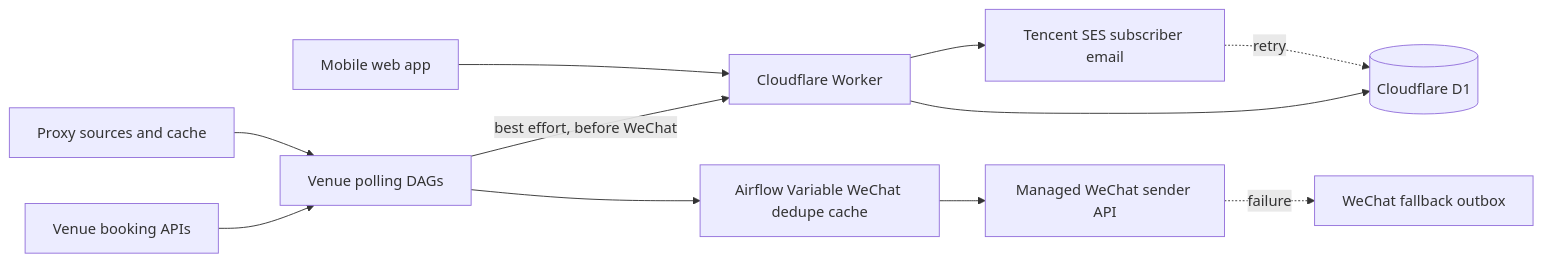
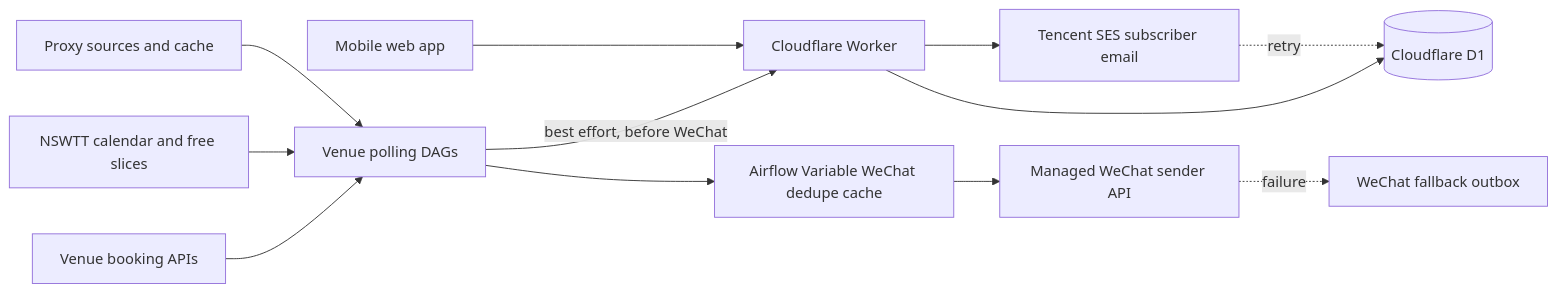
Before and after one commit to claude89757/wechat-on-airflow: the first of 2 diagrams in ARCHITECTURE.md, drawn with Mermaid. The commit also changed other lines of this file and 24 other files, not shown here.

````diff
--- a/ARCHITECTURE.md
+++ b/ARCHITECTURE.md
@@ -5,13 +5,14 @@
 ```mermaid
 flowchart LR
     API["Venue booking APIs"] --> DAG["Venue polling DAGs"]
+    NSWTT["NSWTT calendar and free slices"] --> DAG
     Proxy["Proxy sources and cache"] --> DAG
     DAG -->|"best effort, before WeChat"| Worker["Cloudflare Worker"]
     DAG --> Cache["Airflow Variable WeChat dedupe cache"]
     Cache --> WeChat["Managed WeChat sender API"]
     Web["Mobile web app"] --> Worker
     Worker --> D1[("Cloudflare D1")]
     Worker --> SubscriberEmail["Tencent SES subscriber email"]
     SubscriberEmail -. retry .-> D1
     WeChat -. failure .-> WeChatOutbox["WeChat fallback outbox"]
 ```
````
